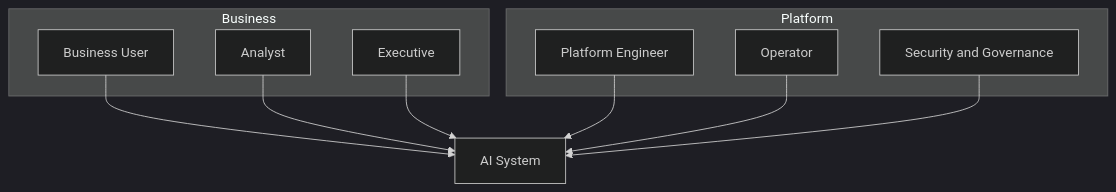
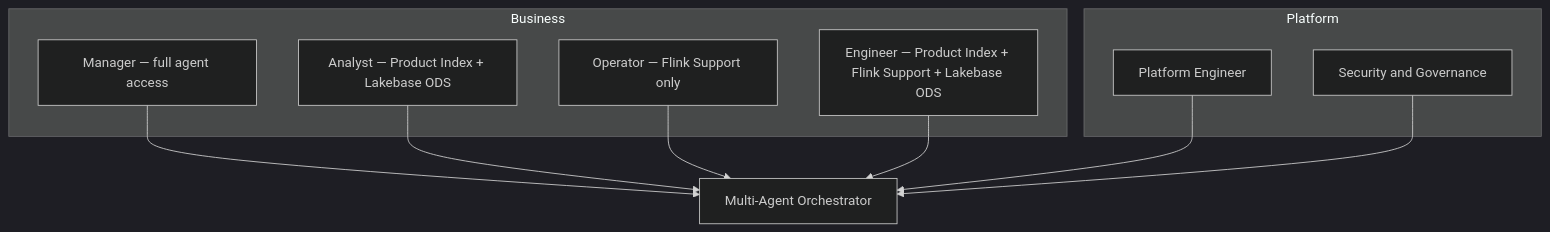
The second of 4 diagrams in docs/architecture/design-artifacts/01-concept-high-level.md (wchen-dea/Governed-Multi-Agent-Intelligence-on-Databricks), drawn with Mermaid (dark theme) before and after one commit. The commit also changed other lines of this file and 51 other files, not shown here.

````diff
--- a/docs/architecture/design-artifacts/01-concept-high-level.md
+++ b/docs/architecture/design-artifacts/01-concept-high-level.md
@@ -17,22 +17,22 @@
 ```mermaid
 flowchart TB
     subgraph Business
-        U1[Business User]
-        U2[Analyst]
-        U3[Executive]
+        U1[Manager — full agent access]
+        U2[Analyst — Product Index + Lakebase ODS]
+        U3[Operator — Flink Support only]
+        U4[Engineer — Product Index + Flink Support + Lakebase ODS]
     end
 
     subgraph Platform
         O1[Platform Engineer]
-        O2[Operator]
-        O3[Security and Governance]
+        O2[Security and Governance]
     end
 
-    U1 --> SYS[AI System]
+    U1 --> SYS[Multi-Agent Orchestrator]
     U2 --> SYS
     U3 --> SYS
+    U4 --> SYS
 
     O1 --> SYS
     O2 --> SYS
-    O3 --> SYS
 ```
````
